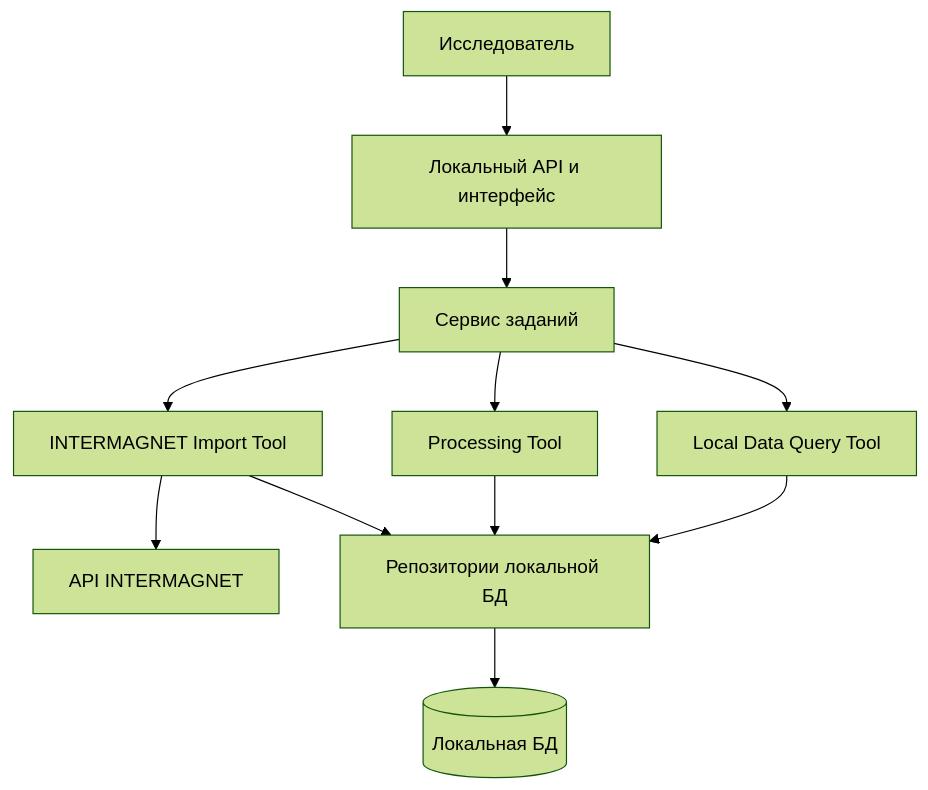
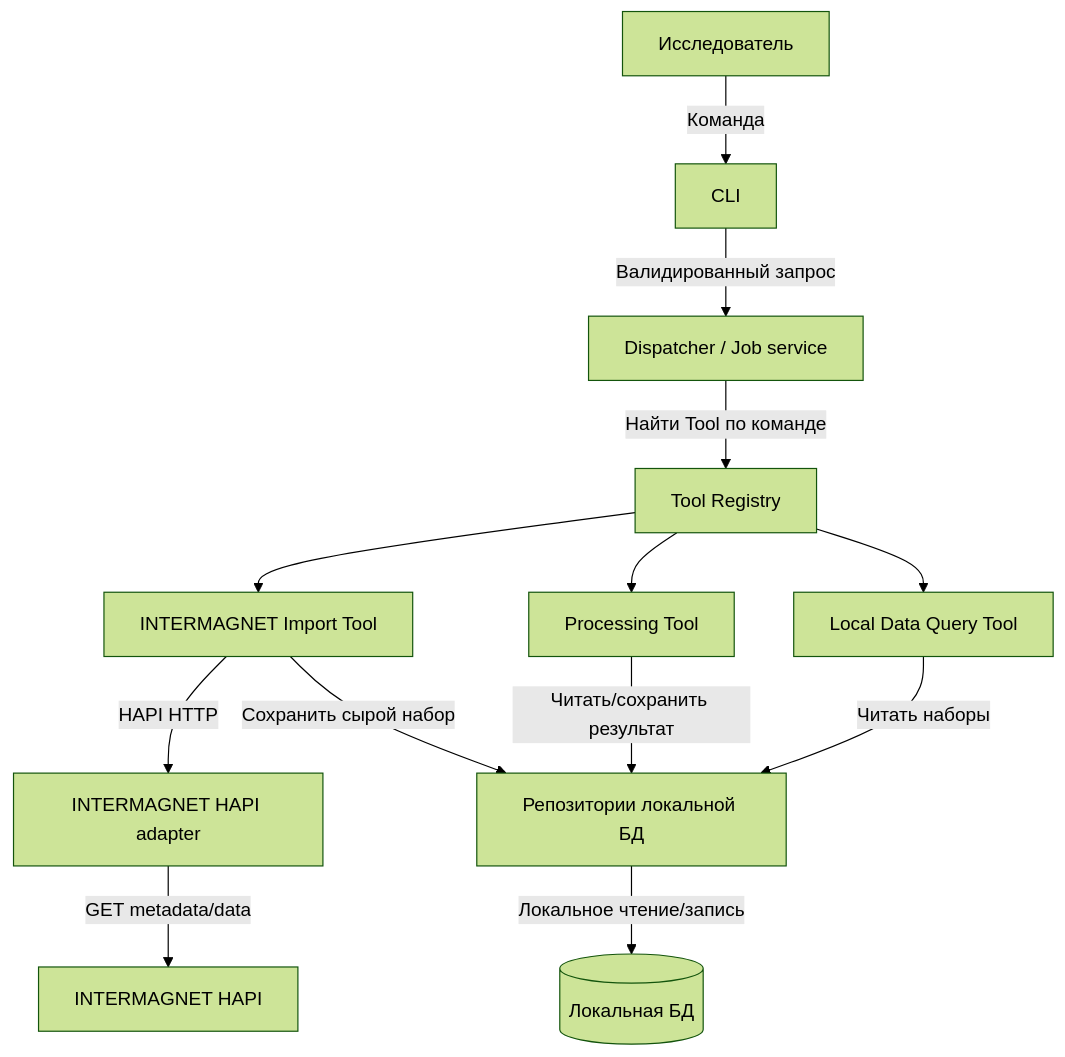
One commit to NaVi-4oK/team-amd changed the second of 4 diagrams in docs/architecture.md. Above: the diagram before and after it, drawn with Mermaid (forest theme). The commit also changed other lines of this file, not shown here.

````diff
--- a/docs/architecture.md
+++ b/docs/architecture.md
@@ -30,13 +31,15 @@
 ```mermaid
 flowchart TB
-    user["Исследователь"] --> localapi["Локальный API и интерфейс"]
-    localapi --> service["Сервис заданий"]
-    service --> importtool["INTERMAGNET Import Tool"]
-    service --> processtool["Processing Tool"]
-    service --> querytool["Local Data Query Tool"]
-    importtool --> external["API INTERMAGNET"]
-    importtool --> repository["Репозитории локальной БД"]
-    processtool --> repository
-    querytool --> repository
-    repository --> db[("Локальная БД")]
+    user["Исследователь"] -->|"Команда"| cli["CLI"]
+    cli -->|"Валидированный запрос"| dispatcher["Dispatcher / Job service"]
+    dispatcher -->|"Найти Tool по команде"| registry["Tool Registry"]
+    registry --> importtool["INTERMAGNET Import Tool"]
+    registry --> processtool["Processing Tool"]
+    registry --> querytool["Local Data Query Tool"]
+    importtool -->|"HAPI HTTP"| adapter["INTERMAGNET HAPI adapter"]
+    adapter -->|"GET metadata/data"| external["INTERMAGNET HAPI"]
+    importtool -->|"Сохранить сырой набор"| repository["Репозитории локальной БД"]
+    processtool -->|"Читать/сохранить результат"| repository
+    querytool -->|"Читать наборы"| repository
+    repository -->|"Локальное чтение/запись"| db[("Локальная БД")]
 ```
````
